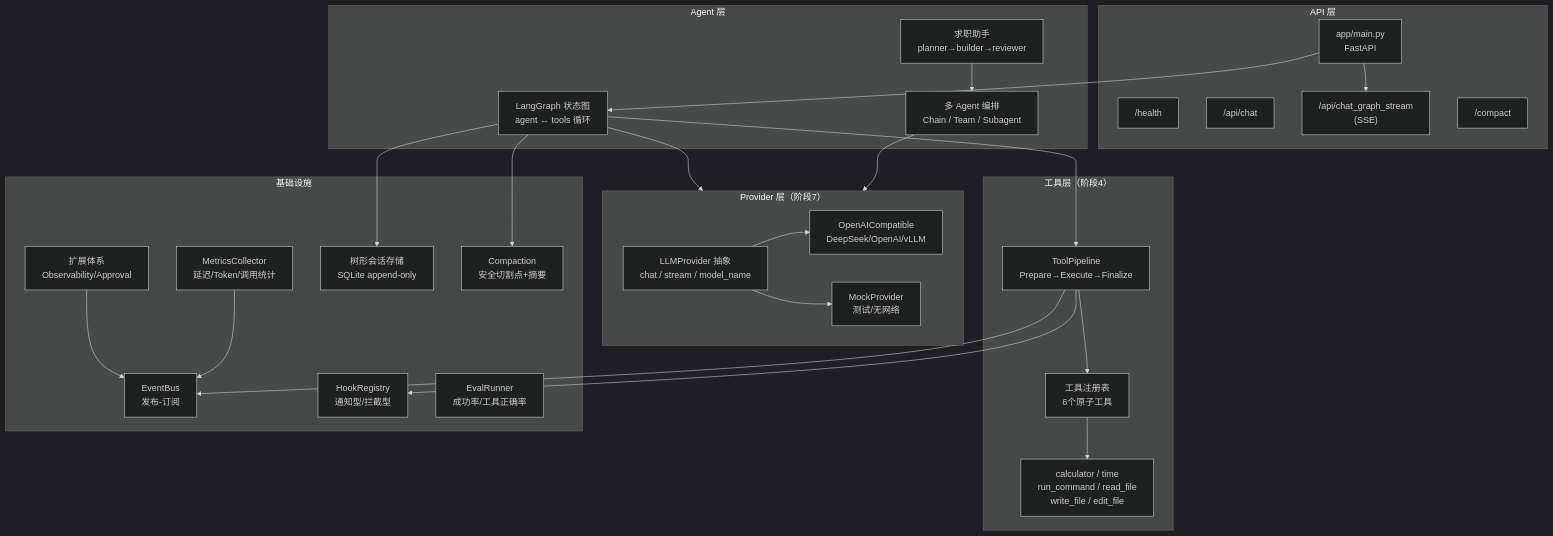
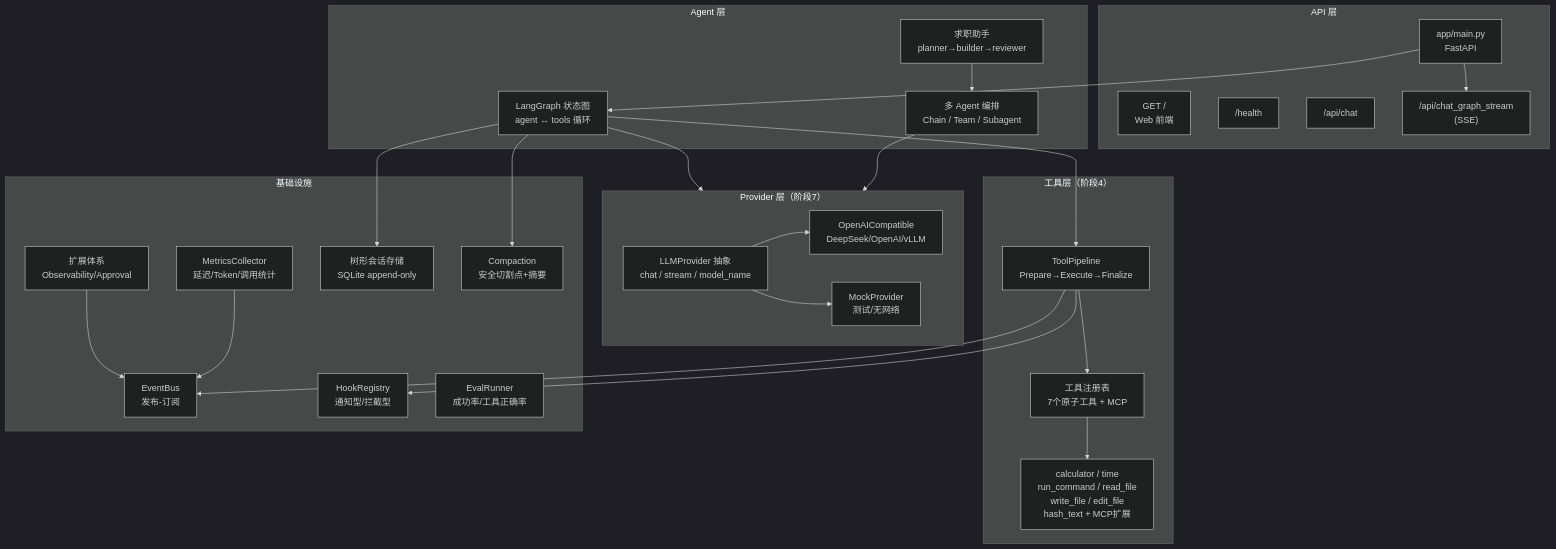
Before and after one commit to UDddddy/Person_AI_Agent: the diagram in README.md, drawn with Mermaid (dark theme). The commit also changed other lines of this file and 14 other files, not shown here.

````diff
--- a/README.md
+++ b/README.md
@@ -29,55 +29,55 @@
 ```mermaid
 graph TB
     subgraph API层["API 层"]
         Main["app/main.py<br/>FastAPI"]
+        Index["GET /<br/>Web 前端"]
         Health["/health"]
         Chat["/api/chat"]
         Stream["/api/chat_graph_stream<br/>(SSE)"]
-        Compact["/compact"]
     end
 
     subgraph Agent层["Agent 层"]
         Graph["LangGraph 状态图<br/>agent ↔ tools 循环"]
         Orchestration["多 Agent 编排<br/>Chain / Team / Subagent"]
         JobAssistant["求职助手<br/>planner→builder→reviewer"]
     end
 
     subgraph Provider层["Provider 层（阶段7）"]
         LLMProvider["LLMProvider 抽象<br/>chat / stream / model_name"]
         OpenAICompat["OpenAICompatible<br/>DeepSeek/OpenAI/vLLM"]
         Mock["MockProvider<br/>测试/无网络"]
     end
 
     subgraph 工具层["工具层（阶段4）"]
         Pipeline["ToolPipeline<br/>Prepare→Execute→Finalize"]
-        Registry["工具注册表<br/>6个原子工具"]
-        Tools["calculator / time<br/>run_command / read_file<br/>write_file / edit_file"]
+        Registry["工具注册表<br/>7个原子工具 + MCP"]
+        Tools["calculator / time<br/>run_command / read_file<br/>write_file / edit_file<br/>hash_text + MCP扩展"]
     end
 
     subgraph 基础设施["基础设施"]
         EventBus["EventBus<br/>发布-订阅"]
         Hooks["HookRegistry<br/>通知型/拦截型"]
         Extensions["扩展体系<br/>Observability/Approval"]
         Metrics["MetricsCollector<br/>延迟/Token/调用统计"]
         SessionStore["树形会话存储<br/>SQLite append-only"]
         Compaction["Compaction<br/>安全切割点+摘要"]
         Evaluation["EvalRunner<br/>成功率/工具正确率"]
     end
 
     Main --> Graph
     Main --> Stream
     Graph --> Provider层
     Graph --> Pipeline
     Orchestration --> Provider层
     JobAssistant --> Orchestration
     Pipeline --> Registry
     Registry --> Tools
     Pipeline --> EventBus
     Pipeline --> Hooks
     Extensions --> EventBus
     Metrics --> EventBus
     Graph --> SessionStore
     Graph --> Compaction
     LLMProvider --> OpenAICompat
     LLMProvider --> Mock
 ```
````
